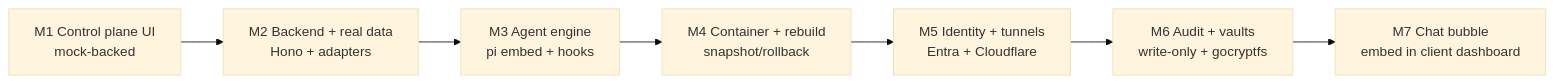
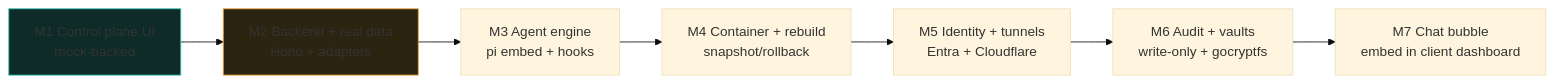
Before and after one commit to DreamLab-AI/docBox: the diagram in docs/reference/prd/PRD-000-product-shape.md, drawn with Mermaid (base theme). The commit also changed other lines of this file and 44 other files, not shown here.

````diff
--- a/docs/reference/prd/PRD-000-product-shape.md
+++ b/docs/reference/prd/PRD-000-product-shape.md
@@ -24,9 +24,13 @@
 ```mermaid
 flowchart LR
   M1[M1 Control plane UI\nmock-backed] --> M2[M2 Backend + real data\nHono + adapters]
   M2 --> M3[M3 Agent engine\npi embed + hooks]
   M3 --> M4[M4 Container + rebuild\nsnapshot/rollback]
   M4 --> M5[M5 Identity + tunnels\nEntra + Cloudflare]
   M5 --> M6[M6 Audit + vaults\nwrite-only + gocryptfs]
   M6 --> M7[M7 Chat bubble\nembed in client dashboard]
+  classDef done fill:#0e2b28,stroke:#33c2b4;
+  classDef active fill:#2b2410,stroke:#f0a53a;
+  class M1 done;
+  class M2 active;
 ```
````
